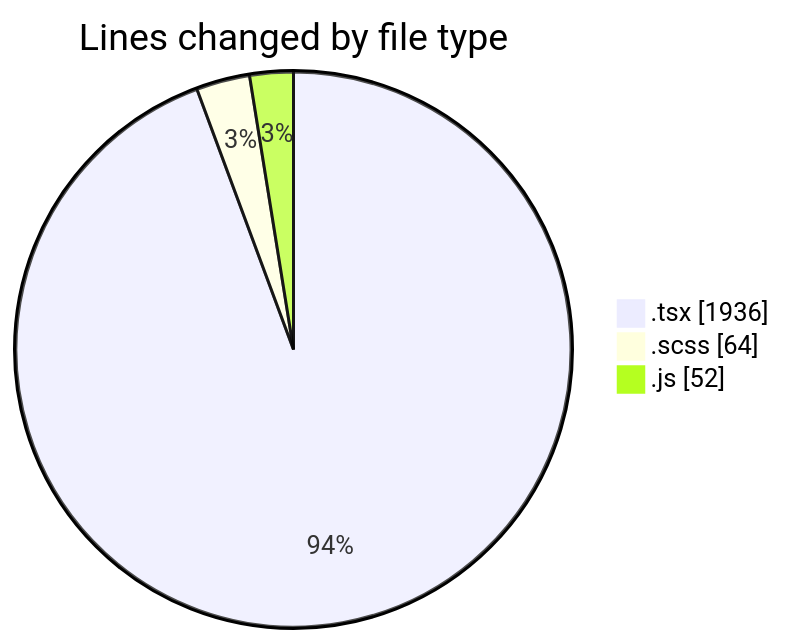
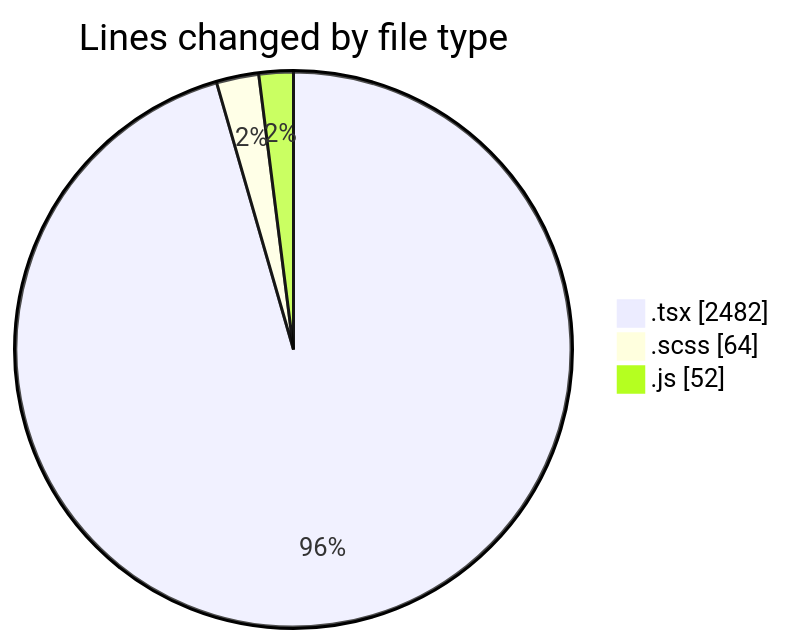
Before and after one commit to momahboobian/code-tracking: the first of 2 diagrams in 2025-06-16/cda/README.md, drawn with Mermaid. The commit also changed other lines of this file and 1 other file, not shown here.

````diff
--- a/2025-06-16/cda/README.md
+++ b/2025-06-16/cda/README.md
@@ -27,7 +28,7 @@
 ```mermaid
 pie showData
 title Lines changed by file type
-".tsx" : 1936
+".tsx" : 2482
 ".scss" : 64
 ".js" : 52
 ```
````
